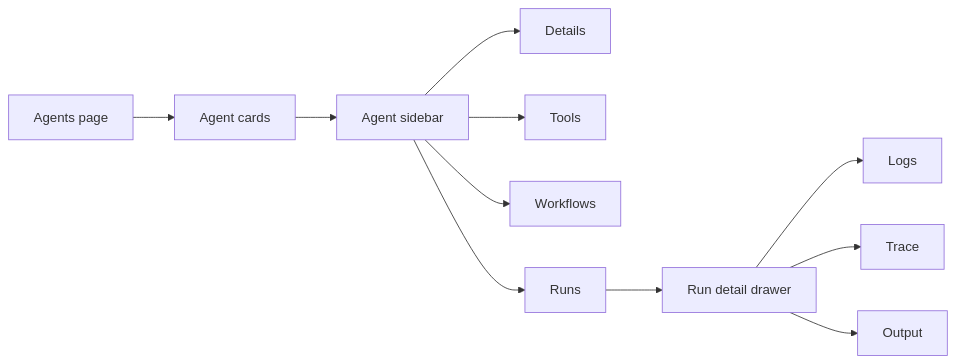
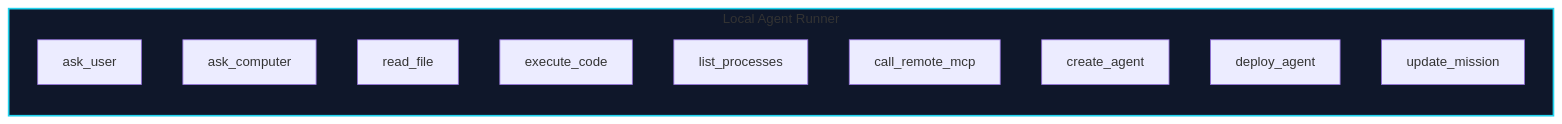
The third of 3 diagrams in docs/local-remote-agent-graph.md (AdrianTuci1/goble), drawn with Mermaid before and after one commit. The commit also changed other lines of this file, not shown here.

Commit message:
docs: shorten local-remote graph, UI is part of goble-core, credential passthrough

````diff
--- a/docs/local-remote-agent-graph.md
+++ b/docs/local-remote-agent-graph.md
@@ -332,13 +116,16 @@
 ```mermaid
 flowchart LR
-    A["Agents page"] --> B["Agent cards"]
-    B --> C["Agent sidebar"]
-    C --> D1["Details"]
-    C --> D2["Tools"]
-    C --> D3["Workflows"]
-    C --> D4["Runs"]
-    D4 --> E["Run detail drawer"]
-    E --> F["Logs"]
-    E --> G["Trace"]
-    E --> H["Output"]
+    subgraph RUNNER["Local Agent Runner"]
+        R1["ask_user"]
+        R2["ask_computer"]
+        R3["read_file"]
+        R4["execute_code"]
+        R5["list_processes"]
+        R6["call_remote_mcp"]
+        R7["create_agent"]
+        R8["deploy_agent"]
+        R9["update_mission"]
+    end
+
+    style RUNNER fill:#0f172a,stroke:#22d3ee,stroke-width:2px
 ```
````
